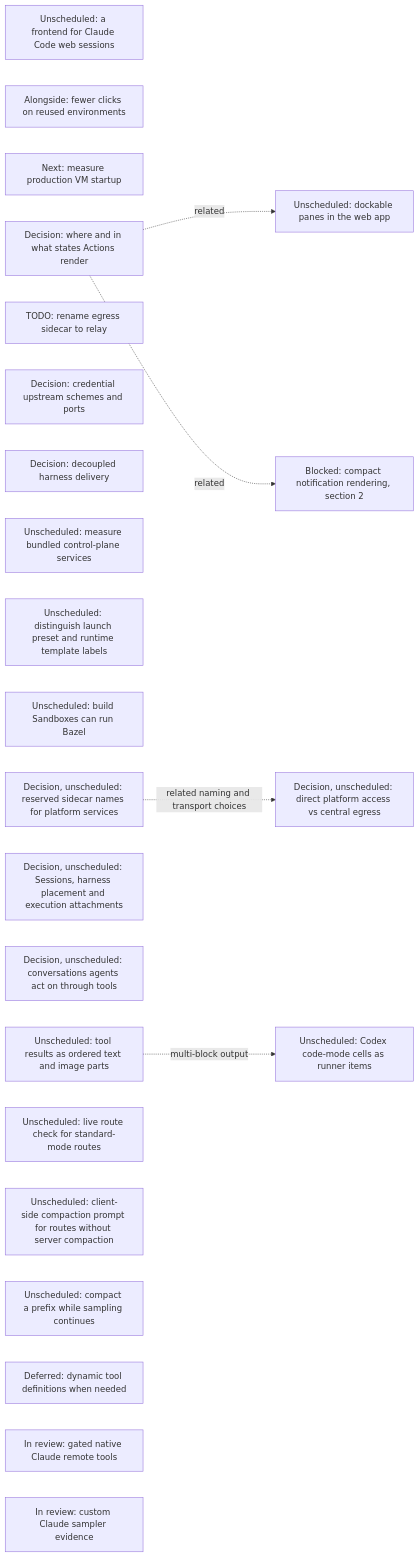
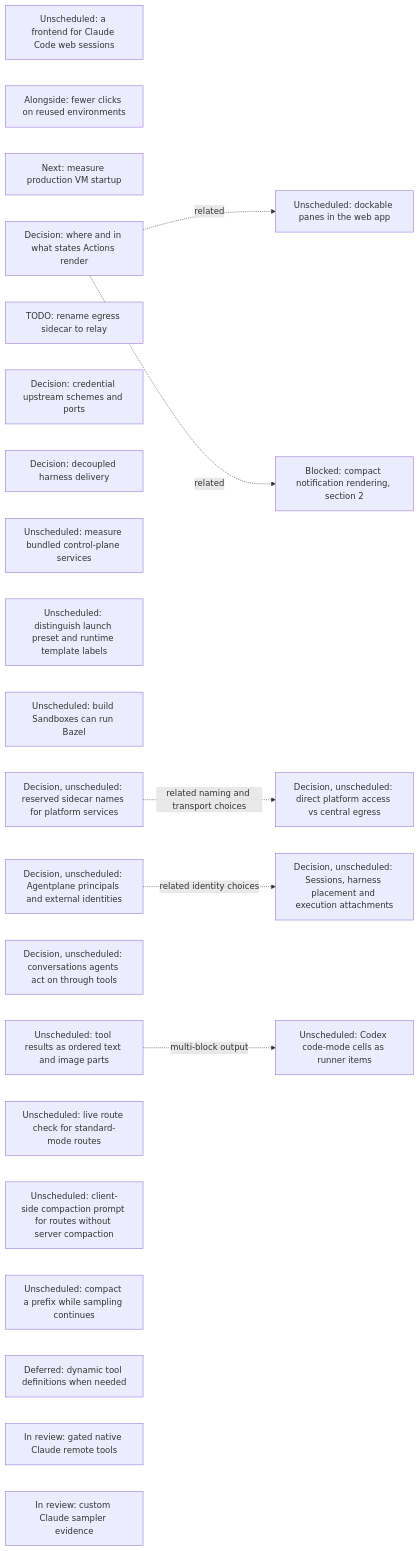
The sixth of 18 diagrams in agentplane/plans/task_dag.md (agentydragon/ducktape), drawn with Mermaid before and after one commit. The commit also changed other lines of this file, not shown here.

Commit message:
Record Agentplane principal identity design

````diff
--- a/agentplane/plans/task_dag.md
+++ b/agentplane/plans/task_dag.md
@@ -844,30 +844,32 @@
 ```mermaid
 flowchart LR
     CLAUDE_CODE_WEB_BRIDGE[Unscheduled: a frontend for Claude Code web sessions]
     SESSION_LAUNCH_FRICTION[Alongside: fewer clicks on reused environments]
     VM_STARTUP_LATENCY[Next: measure production VM startup]
     ACTION_SURFACES_DESIGN[Decision: where and in what states Actions render]
     EGRESS_RELAY_RENAME[TODO: rename egress sidecar to relay]
     EGRESS_CREDENTIAL_TRANSPORT_DESIGN[Decision: credential upstream schemes and ports]
     RUNNER_HARNESS_DELIVERY_DESIGN[Decision: decoupled harness delivery]
     K3S_BUNDLED_SERVICES_SPIKE[Unscheduled: measure bundled control-plane services]
     DOCKABLE_PANES[Unscheduled: dockable panes in the web app]
     ACTION_SURFACES_DESIGN -. related .-> DOCKABLE_PANES
     NOTIFICATION_PRESENTATION[Blocked: compact notification rendering, section 2]
     ACTION_SURFACES_DESIGN -. related .-> NOTIFICATION_PRESENTATION
     SANDBOX_FORM_TERMINOLOGY[Unscheduled: distinguish launch preset and runtime template labels]
     BUILD_BOX_BAZEL[Unscheduled: build Sandboxes can run Bazel]
     PLATFORM_SERVICE_NAMES_DESIGN[Decision, unscheduled: reserved sidecar names for platform services]
     PLATFORM_SERVICE_ROUTING_DESIGN[Decision, unscheduled: direct platform access vs central egress]
     PLATFORM_SERVICE_NAMES_DESIGN -. related naming and transport choices .-> PLATFORM_SERVICE_ROUTING_DESIGN
     SESSION_RUNTIME_MODEL_DESIGN[Decision, unscheduled: Sessions, harness placement and execution attachments]
+    AGENT_PRINCIPAL_MODEL_DESIGN[Decision, unscheduled: Agentplane principals and external identities]
+    AGENT_PRINCIPAL_MODEL_DESIGN -. related identity choices .-> SESSION_RUNTIME_MODEL_DESIGN
     AGENT_AUTHORED_CONVERSATIONS_DESIGN[Decision, unscheduled: conversations agents act on through tools]
     STRUCTURED_TOOL_OUTPUT[Unscheduled: tool results as ordered text and image parts]
     STRUCTURED_TOOL_OUTPUT -. multi-block output .-> CODEX_CODE_MODE_CELLS[Unscheduled: Codex code-mode cells as runner items]
     CENTRAL_SAMPLER_MODEL_CAPABILITIES[Unscheduled: live route check for standard-mode routes]
     CENTRAL_SAMPLER_PROMPT_COMPACTION[Unscheduled: client-side compaction prompt for routes without server compaction]
     CENTRAL_SAMPLER_BACKGROUND_COMPACTION[Unscheduled: compact a prefix while sampling continues]
     CENTRAL_SAMPLER_DYNAMIC_TOOLS[Deferred: dynamic tool definitions when needed]
     CLAUDE_REMOTE_EXECUTION_SPIKE[In review: gated native Claude remote tools]
     CLAUDE_CUSTOM_SAMPLER[In review: custom Claude sampler evidence]
 ```
````
